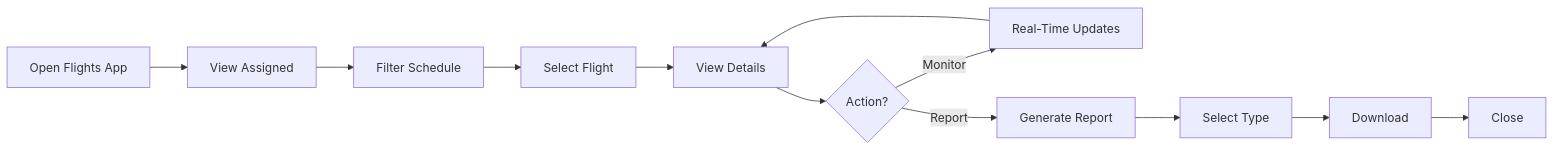
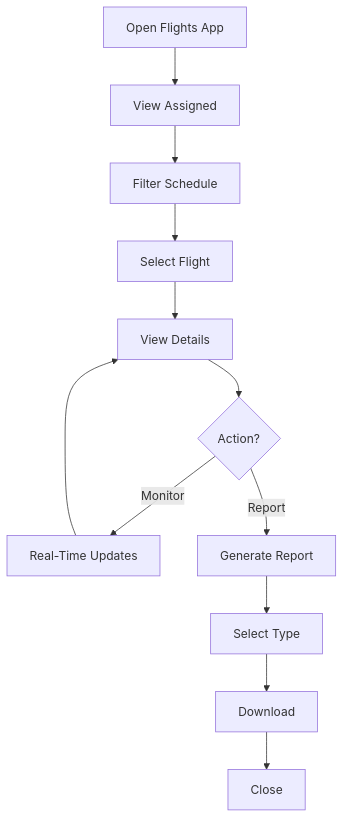
One commit to RoundRobinHood/cogniflight-cloud changed the ninth of 10 diagrams in docs/SEN3781_Assignment4_Information_Architecture_Report.md. Above: the diagram before and after it, drawn with Mermaid. The commit also changed other lines of this file, not shown here.

Commit message:
improved diagram readability

````diff
--- a/docs/SEN3781_Assignment4_Information_Architecture_Report.md
+++ b/docs/SEN3781_Assignment4_Information_Architecture_Report.md
@@ -379,7 +408,10 @@
 ```mermaid
-flowchart LR
-    A[Open Flights App] --> B[View Assigned] --> C[Filter Schedule]
-    C --> D[Select Flight] --> E[View Details] --> F{Action?}
-    F -->|Monitor| G[Real-Time Updates] --> E
-    F -->|Report| H[Generate Report] --> I[Select Type] --> J[Download] --> K[Close]
+flowchart TD
+    A[Open Flights App] --> B[View Assigned]
+    B --> C[Filter Schedule] --> D[Select Flight]
+    D --> E[View Details] --> F{Action?}
+    F -->|Monitor| G[Real-Time Updates]
+    G --> E
+    F -->|Report| H[Generate Report]
+    H --> I[Select Type] --> J[Download] --> K[Close]
 ```
````
